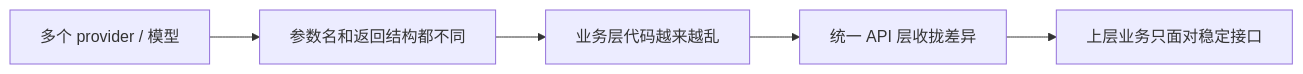
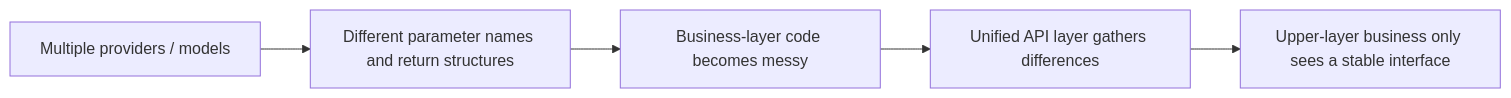
The diagram in docs/ch08-rag/ch02-deployment/03-unified-api.md (oudbiao/AI-fullstack-course), drawn with Mermaid before and after one commit. The commit also changed other lines of this file and 1406 other files, not shown here.

````diff
--- a/docs/ch08-rag/ch02-deployment/03-unified-api.md
+++ b/docs/ch08-rag/ch02-deployment/03-unified-api.md
@@ -44,7 +44,7 @@
 ```mermaid
 flowchart LR
-    A["多个 provider / 模型"] --> B["参数名和返回结构都不同"]
-    B --> C["业务层代码越来越乱"]
-    C --> D["统一 API 层收拢差异"]
-    D --> E["上层业务只面对稳定接口"]
+    A["Multiple providers / models"] --> B["Different parameter names and return structures"]
+    B --> C["Business-layer code becomes messy"]
+    C --> D["Unified API layer gathers differences"]
+    D --> E["Upper-layer business only sees a stable interface"]
 ```
````
